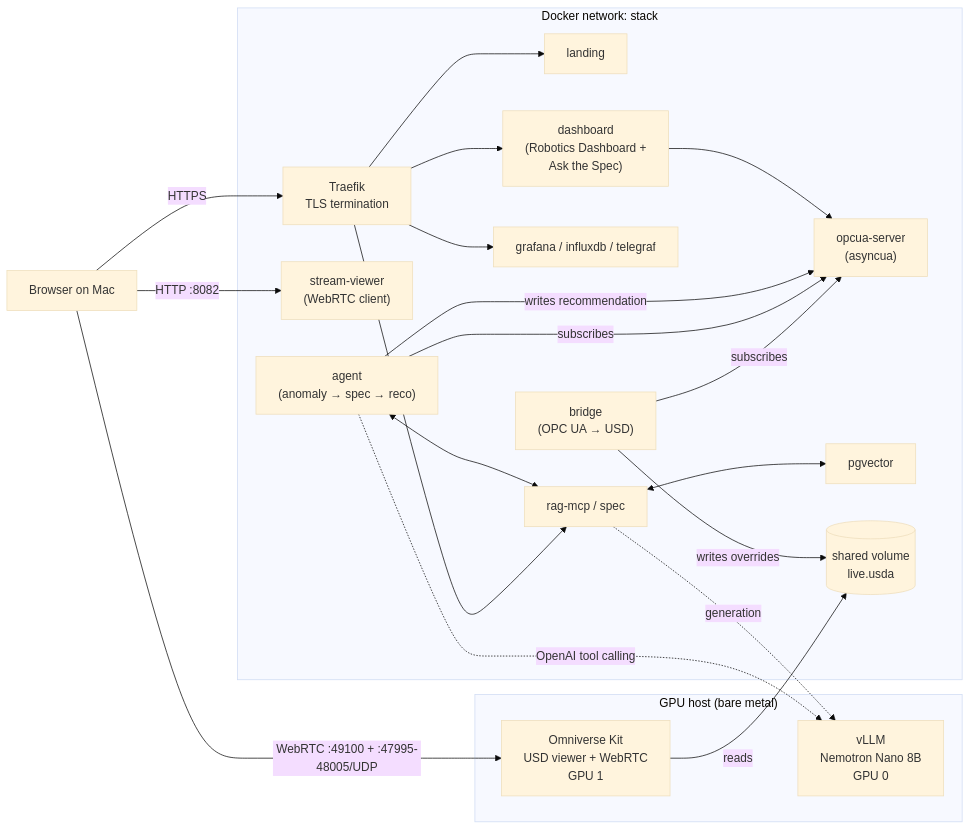
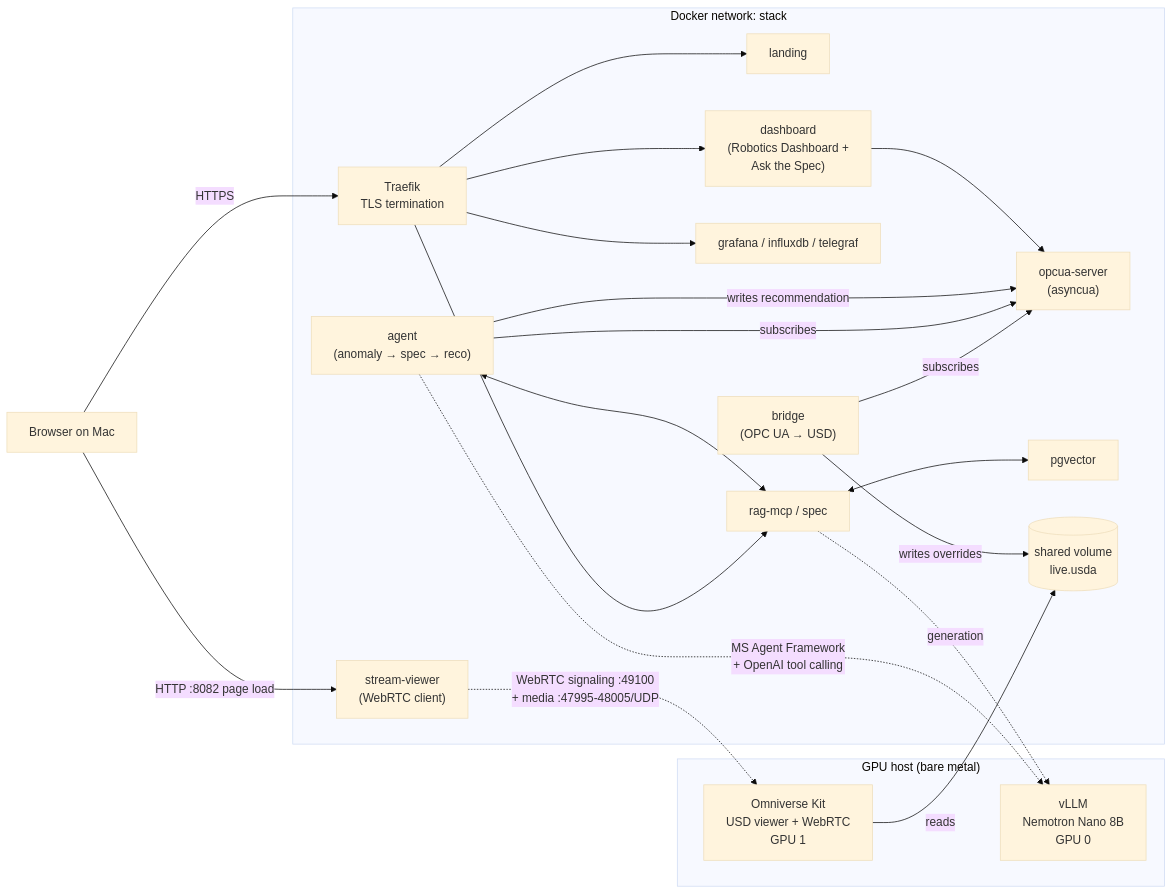
Before and after one commit to DittmannAxel/my_experiments: the first of 2 diagrams in OPCUA-OpenUSD/README.md, drawn with Mermaid (base theme). The commit also changed other lines of this file and 2 other files, not shown here.

First line of the commit message:
OPCUA-OpenUSD: MAF Agent import fix + architecture diagram correction

````diff
--- a/OPCUA-OpenUSD/README.md
+++ b/OPCUA-OpenUSD/README.md
@@ -11,44 +11,44 @@
 ```mermaid
 flowchart LR
     Browser["Browser on Mac"]
 
     subgraph Host["GPU host (bare metal)"]
         vLLM["vLLM<br/>Nemotron Nano 8B<br/>GPU 0"]
         Kit["Omniverse Kit<br/>USD viewer + WebRTC<br/>GPU 1"]
     end
 
     subgraph Stack["Docker network: stack"]
         Traefik["Traefik<br/>TLS termination"]
         Landing["landing"]
         Dashboard["dashboard<br/>(Robotics Dashboard +<br/>Ask the Spec)"]
         StreamView["stream-viewer<br/>(WebRTC client)"]
         Grafana["grafana / influxdb / telegraf"]
         RAG["rag-mcp / spec"]
         OPCUA["opcua-server<br/>(asyncua)"]
         Bridge["bridge<br/>(OPC UA → USD)"]
         Agent["agent<br/>(anomaly → spec → reco)"]
         PG["pgvector"]
         Vol[("shared volume<br/>live.usda")]
     end
 
     Browser -->|HTTPS| Traefik
-    Browser -->|HTTP :8082| StreamView
-    Browser -->|WebRTC :49100 + :47995-48005/UDP| Kit
+    Browser -->|HTTP :8082 page load| StreamView
+    StreamView -.->|WebRTC signaling :49100<br/>+ media :47995-48005/UDP| Kit
     Traefik --> Landing
     Traefik --> Dashboard
     Traefik --> Grafana
     Traefik --> RAG
 
     Bridge -->|subscribes| OPCUA
     Bridge -->|writes overrides| Vol
     Kit -->|reads| Vol
 
     Agent -->|subscribes| OPCUA
     Agent -->|writes recommendation| OPCUA
     Agent <--> RAG
     RAG <--> PG
-    Agent -.->|OpenAI tool calling| vLLM
+    Agent -.->|MS Agent Framework<br/>+ OpenAI tool calling| vLLM
     RAG -.->|generation| vLLM
 
     Dashboard --> OPCUA
 ```
````
